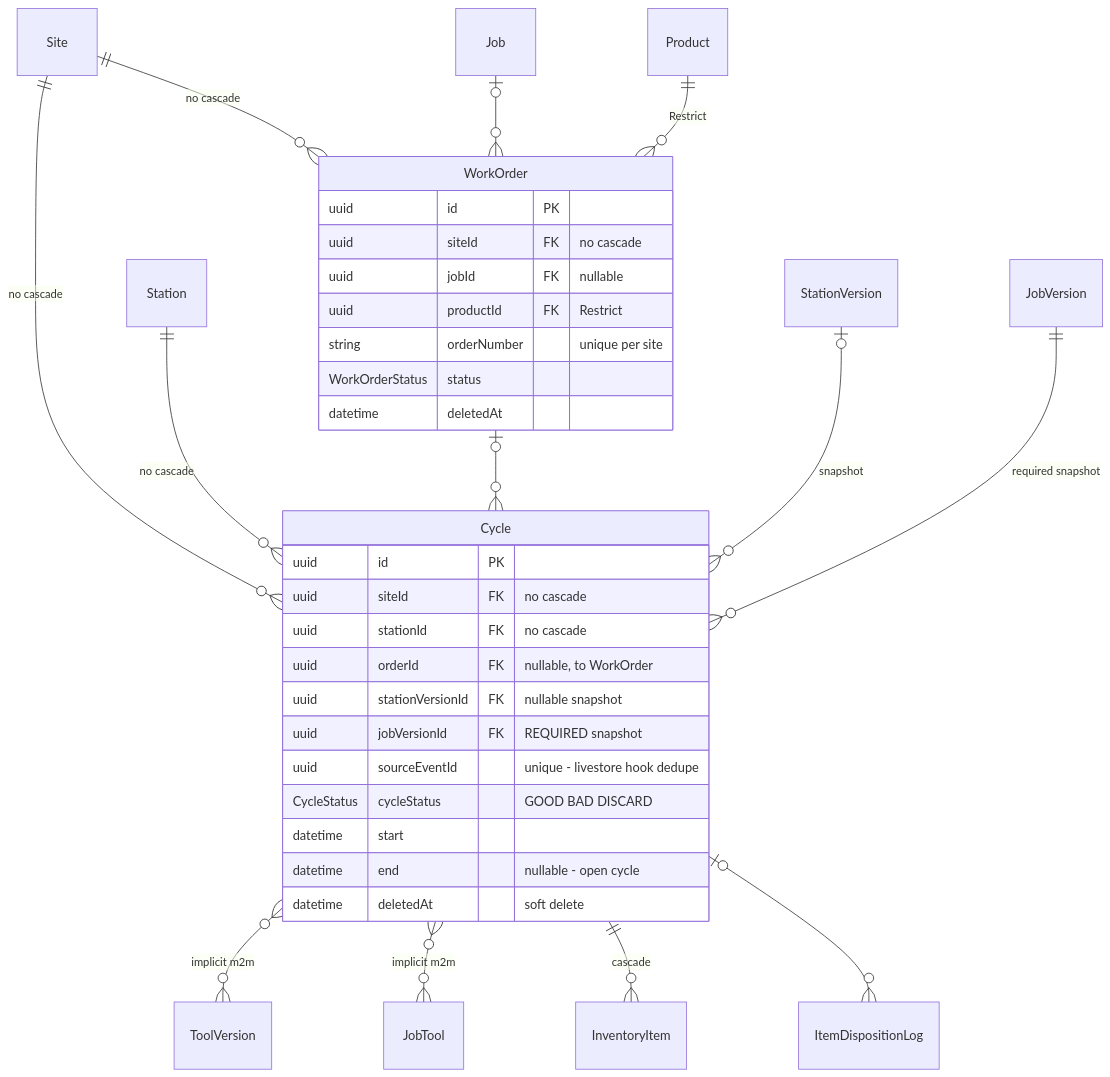
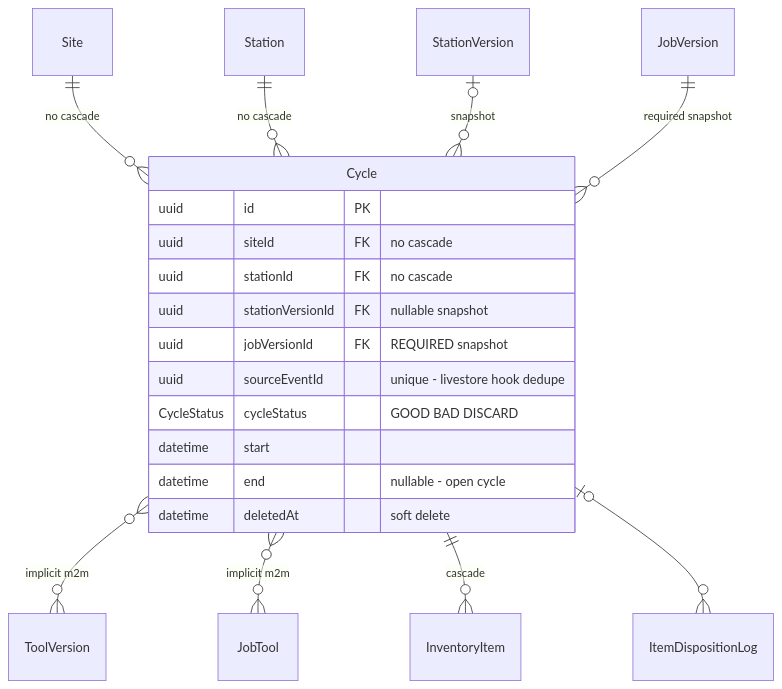
One commit to rockwarehq/rw-server changed the fifth of 17 diagrams in docs/architecture/erd.md. Above: the diagram before and after it, drawn with Mermaid. The commit also changed other lines of this file and 32 other files, not shown here.

````diff
--- a/docs/architecture/erd.md
+++ b/docs/architecture/erd.md
@@ -386,38 +347,24 @@
 ```mermaid
 erDiagram
   Cycle {
     uuid id PK
     uuid siteId FK "no cascade"
     uuid stationId FK "no cascade"
-    uuid orderId FK "nullable, to WorkOrder"
     uuid stationVersionId FK "nullable snapshot"
     uuid jobVersionId FK "REQUIRED snapshot"
     uuid sourceEventId "unique - livestore hook dedupe"
     CycleStatus cycleStatus "GOOD BAD DISCARD"
     datetime start
     datetime end "nullable - open cycle"
     datetime deletedAt "soft delete"
   }
-  WorkOrder {
-    uuid id PK
-    uuid siteId FK "no cascade"
-    uuid jobId FK "nullable"
-    uuid productId FK "Restrict"
-    string orderNumber "unique per site"
-    WorkOrderStatus status
-    datetime deletedAt
-  }
 
   Site ||--o{ Cycle : "no cascade"
   Station ||--o{ Cycle : "no cascade"
-  WorkOrder |o--o{ Cycle : ""
   StationVersion |o--o{ Cycle : "snapshot"
   JobVersion ||--o{ Cycle : "required snapshot"
   Cycle }o--o{ ToolVersion : "implicit m2m"
   Cycle }o--o{ JobTool : "implicit m2m"
   Cycle ||--o{ InventoryItem : "cascade"
   Cycle |o--o{ ItemDispositionLog : ""
-  Site ||--o{ WorkOrder : "no cascade"
-  Job |o--o{ WorkOrder : ""
-  Product ||--o{ WorkOrder : "Restrict"
 ```
````
